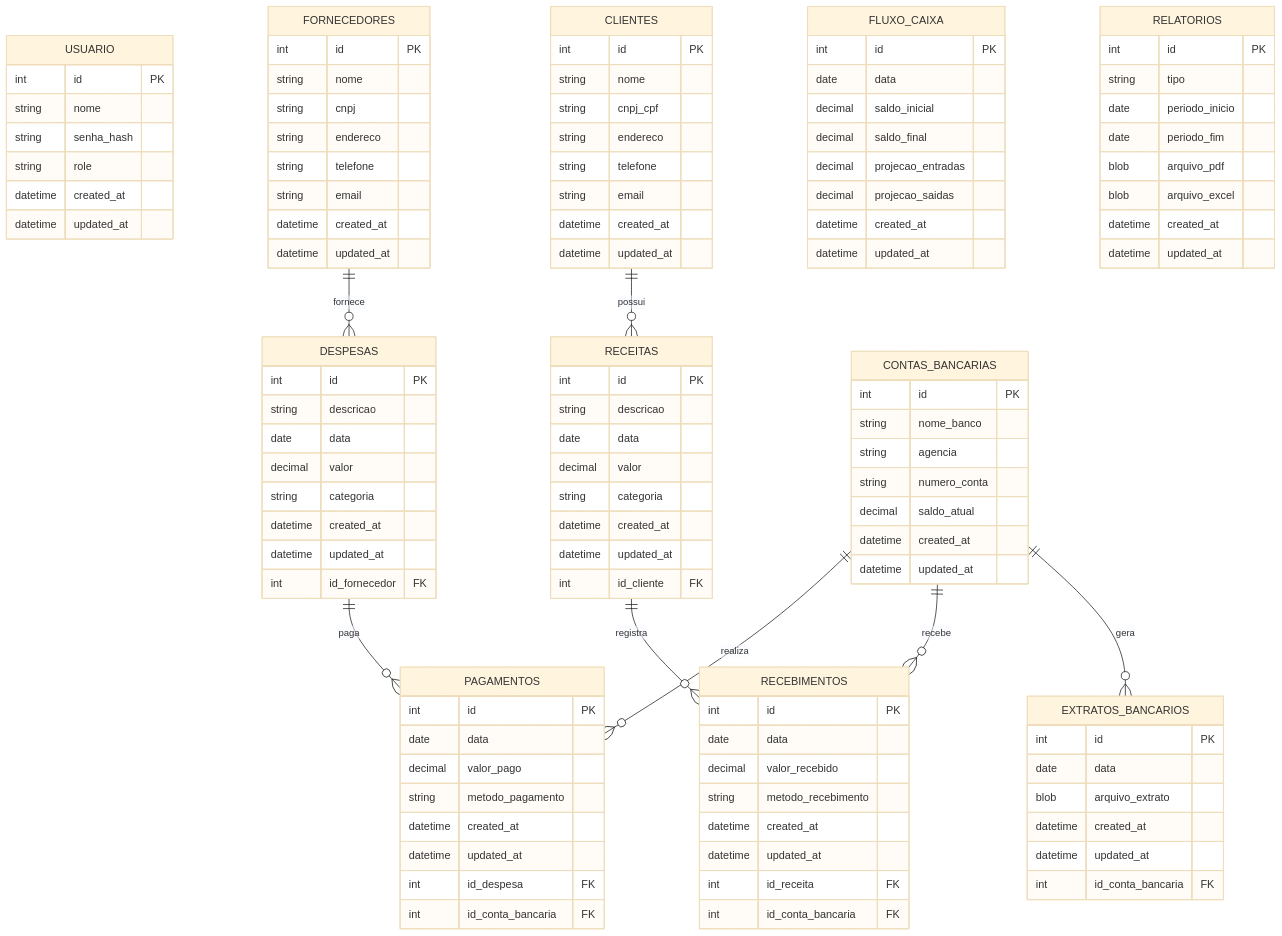
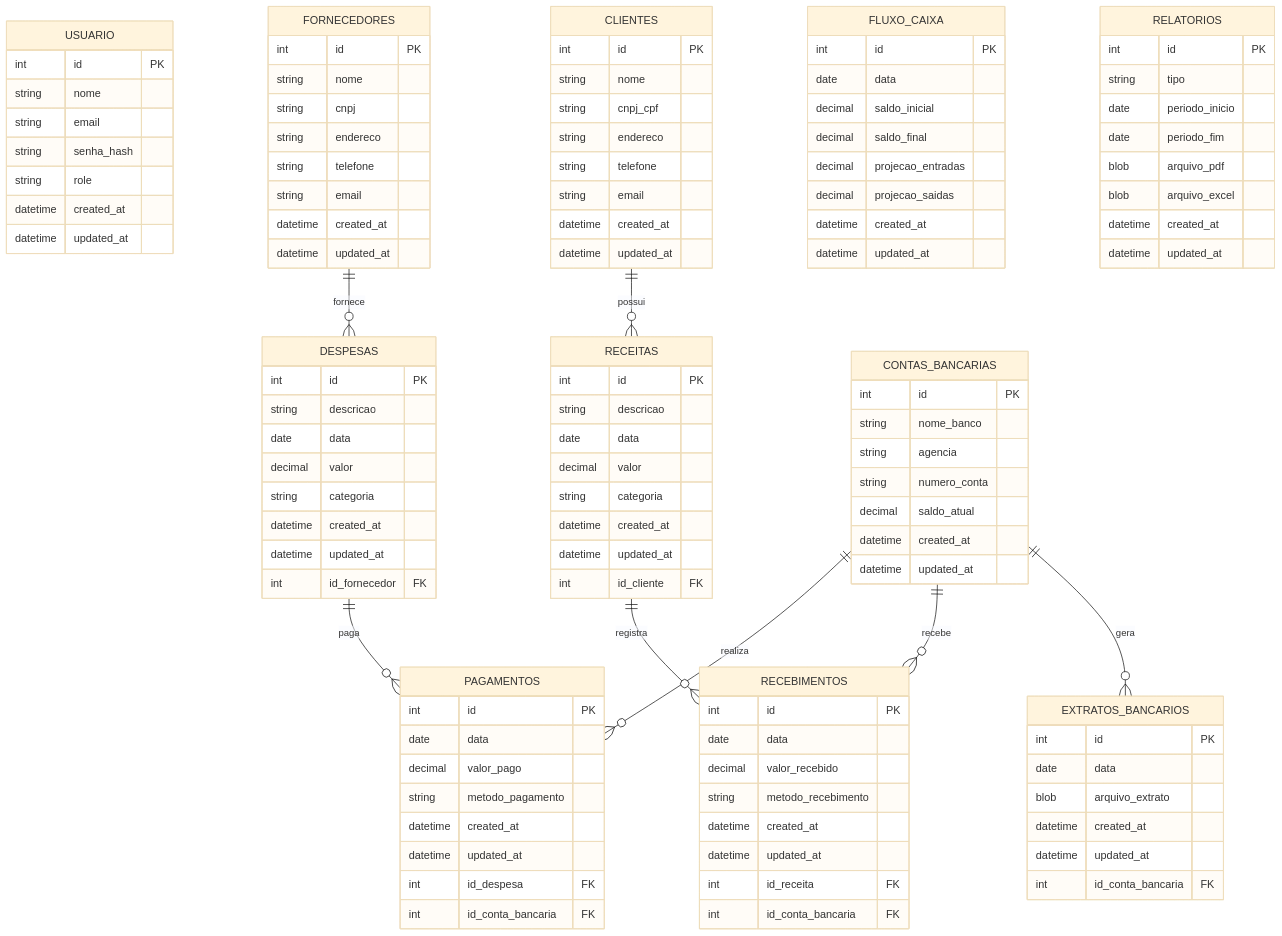
The diagram in README.MC.md (Gabriela-Amaro/Sistema-Mugiwara), drawn with Mermaid (base theme) before and after one commit.

```diff
--- a/README.MC.md
+++ b/README.MC.md
@@ -7,6 +7,7 @@
     USUARIO {
         int id PK
         string nome
+        string email
         string senha_hash
         string role
         datetime created_at
```
